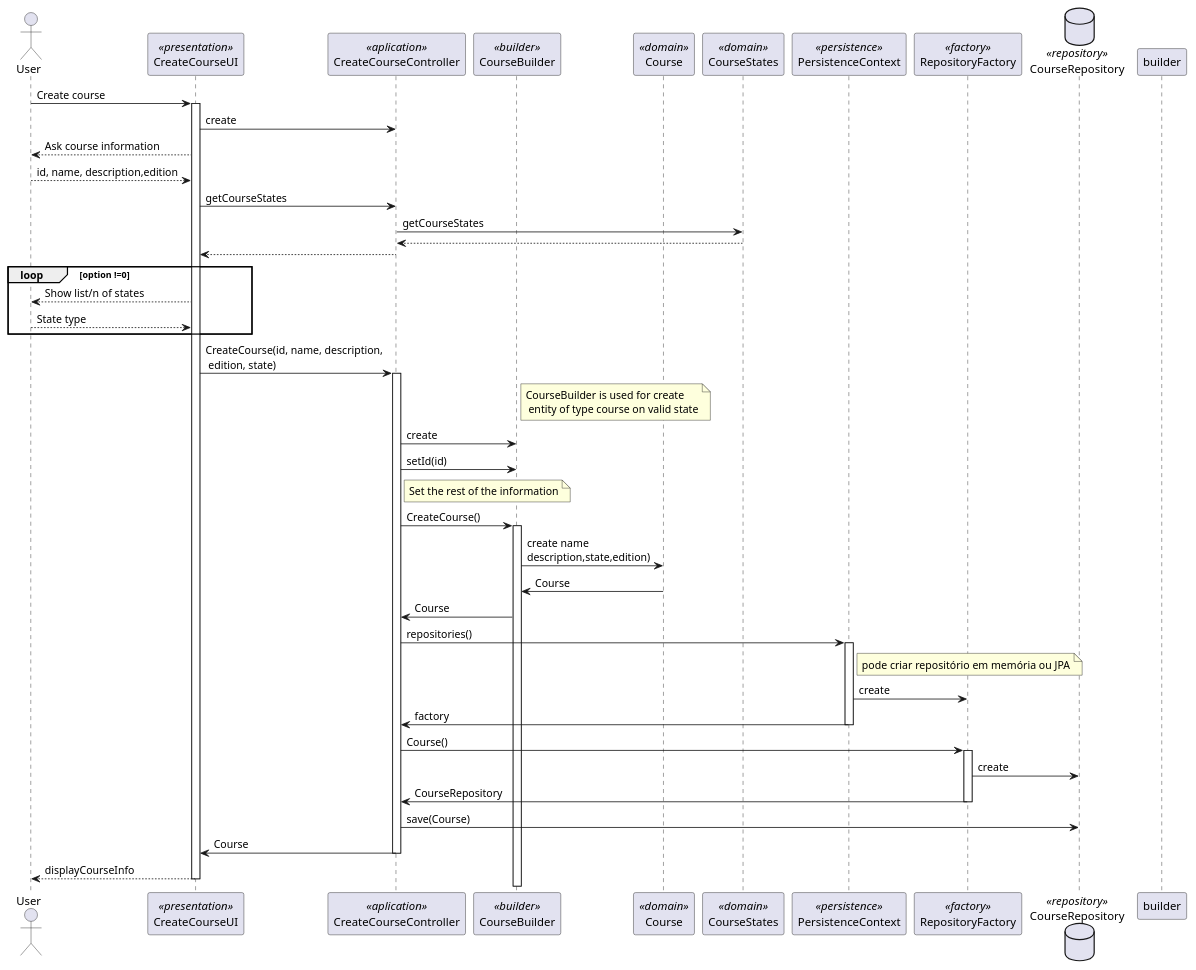
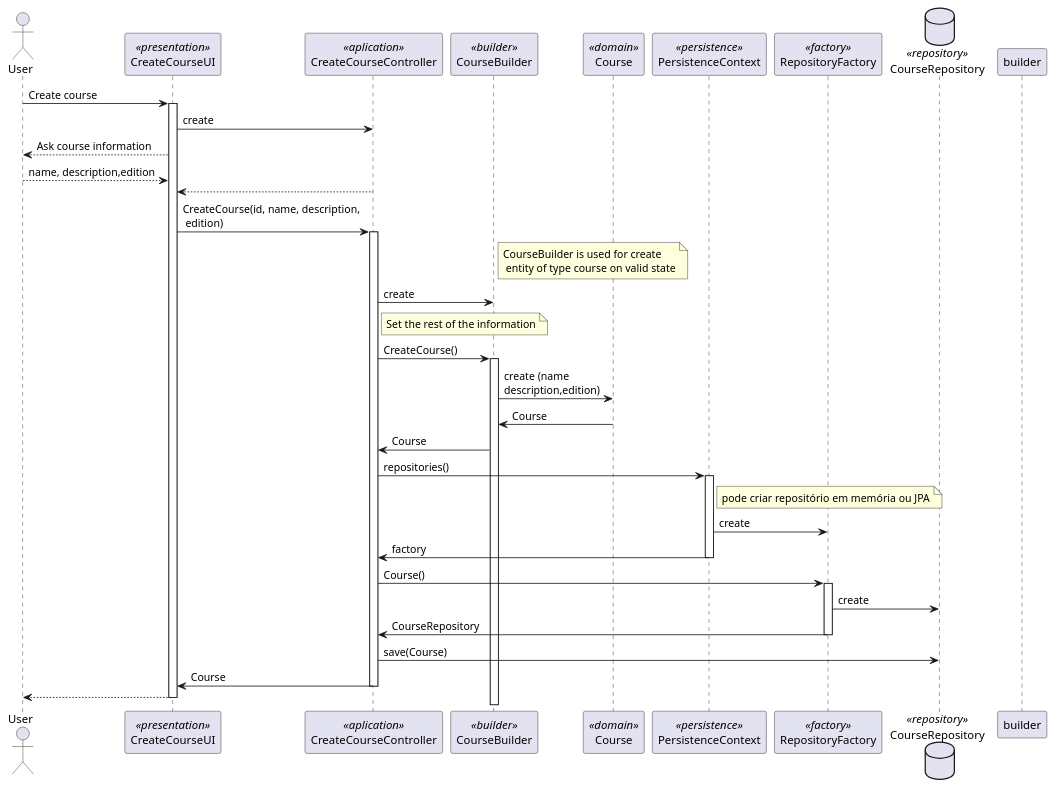
Before and after one commit to mascenso/isep-sem4-lapr4: the diagram in docs/SPRINT B/US1002- Create a Course/sd-1002.puml, drawn with PlantUML. The commit also changed 13 other files, not shown here.

```diff
--- a/docs/SPRINT B/US1002- Create a Course/sd-1002.puml
+++ b/docs/SPRINT B/US1002- Create a Course/sd-1002.puml
@@ -1,60 +1,50 @@
 @startuml
 actor User as Actor
 participant CreateCourseUI as UI <<presentation>>
 participant CreateCourseController as Controller <<aplication>>
 participant CourseBuilder as Builder <<builder>>
 participant Course as Domain <<domain>>
-participant CourseStates as DomainState <<domain>>
 participant PersistenceContext as Persistence <<persistence>>
 participant RepositoryFactory as Factory <<factory>>
 database CourseRepository as Repository <<repository>>
 
 Actor -> UI: Create course
 activate UI
     UI -> Controller: create
     UI --> Actor: Ask course information
-    Actor --> UI: id, name, description,edition
+    Actor --> UI: name, description,edition
+    Controller--> UI
 
-    UI -> Controller: getCourseStates
-    Controller -> DomainState: getCourseStates
-    DomainState--> Controller
-    Controller--> UI
-    loop option !=0
-        UI --> Actor: Show list/n of states
-        Actor --> UI: State type
-    end
-
-    UI -> Controller: CreateCourse(id, name, description,\n edition, state)
+    UI -> Controller: CreateCourse(id, name, description,\n edition)
     activate Controller
         note right of Builder:CourseBuilder is used for create \n entity of type course on valid state
         Controller -> Builder: create
-        Controller -> Builder: setId(id)
 
         note right of Controller: Set the rest of the information
         Controller -> Builder: CreateCourse()
         activate Builder
-            Builder -> Domain: create name\ndescription,state,edition)
+            Builder -> Domain: create (name\ndescription,edition)
             Domain -> Builder: Course
             Builder -> Controller: Course
         deactivate builder
 
         Controller -> Persistence: repositories()
         activate Persistence
             note right of Persistence: pode criar repositório em memória ou JPA
             Persistence -> Factory: create
             Persistence -> Controller: factory
         deactivate Persistence
 
         Controller -> Factory: Course()
         activate Factory
             Factory -> Repository: create
             Factory -> Controller: CourseRepository
         deactivate Factory
 
         Controller->Repository:save(Course)
         Controller->UI: Course
     deactivate Controller
 
-    UI-->Actor: displayCourseInfo
+    UI-->Actor:
 deactivate UI
 @enduml
```
